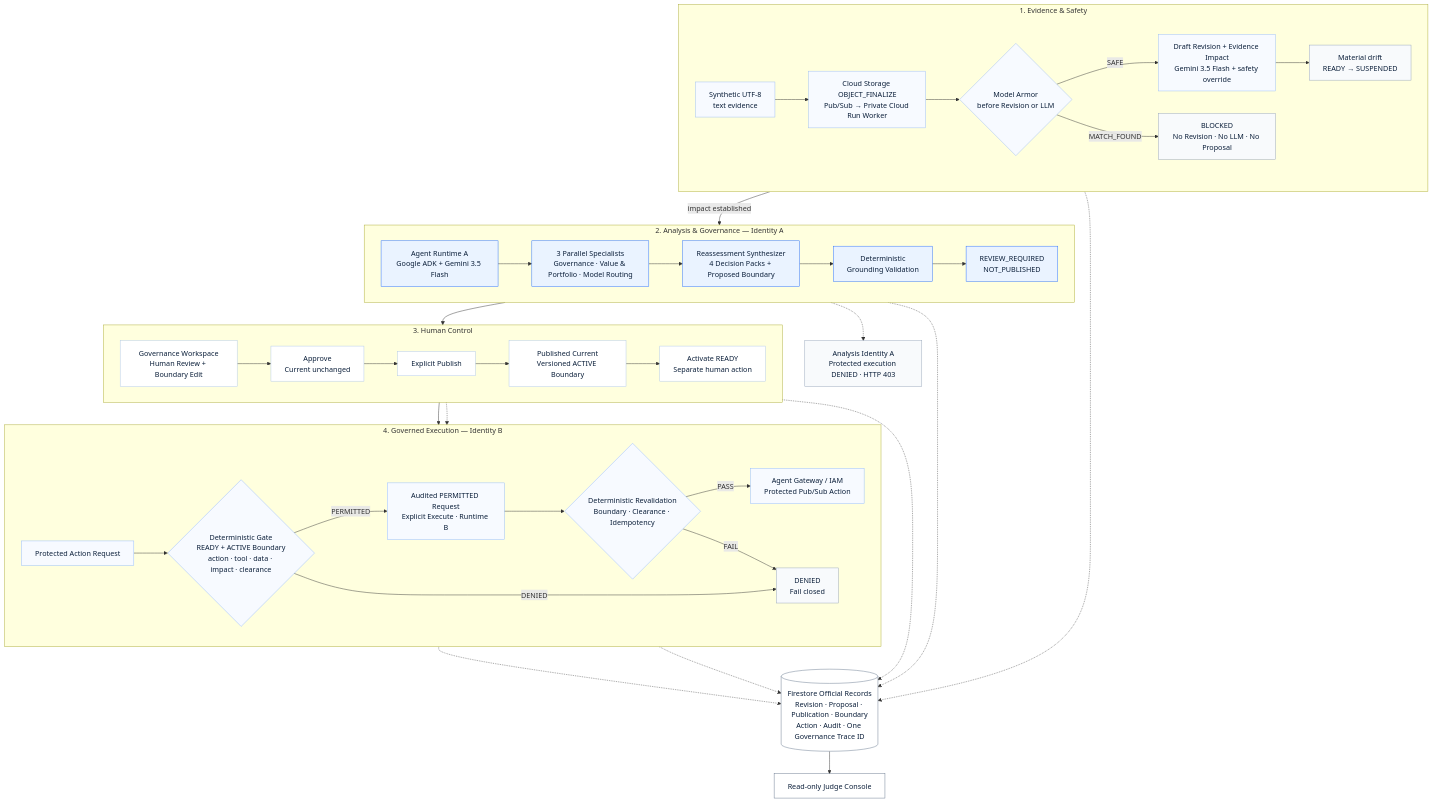
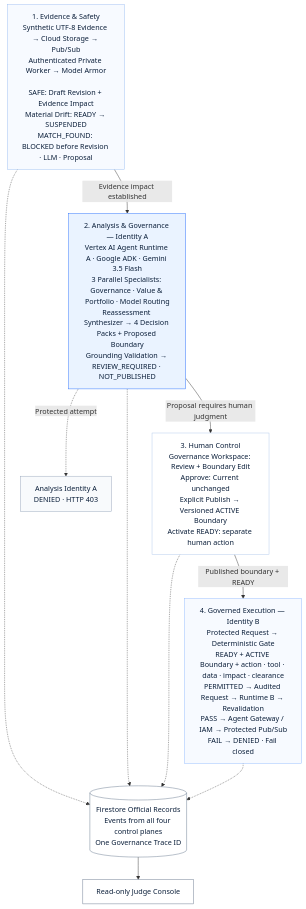
One commit to solidfdn/readinessops-agent-fleet-governance changed the diagram in README.md. Above: the diagram before and after it, drawn with Mermaid. The commit also changed 1 other file, not shown here.

Commit message:
Refine Mermaid architecture for README

````diff
--- a/README.md
+++ b/README.md
@@ -229,81 +229,38 @@
 ```mermaid
 flowchart TB
-  subgraph E["1. Evidence & Safety"]
-    direction LR
-    EV["Synthetic UTF-8<br/>text evidence"]
-    INGEST["Cloud Storage OBJECT_FINALIZE<br/>Pub/Sub → Private Cloud Run Worker"]
-    MA{"Model Armor<br/>before Revision or LLM"}
-    IMP["Draft Revision + Evidence Impact<br/>Gemini 3.5 Flash + safety override"]
-    BLOCK["BLOCKED<br/>No Revision · No LLM · No Proposal"]
-    SUSP["Material drift<br/>READY → SUSPENDED"]
-    EV --> INGEST --> MA
-    MA -->|SAFE| IMP
-    MA -->|MATCH_FOUND| BLOCK
-    IMP --> SUSP
-  end
+  E["1. Evidence & Safety<br/>Synthetic UTF-8 Evidence → Cloud Storage → Pub/Sub<br/>Authenticated Private Worker → Model Armor<br/><br/>SAFE: Draft Revision + Evidence Impact<br/>Material Drift: READY → SUSPENDED<br/>MATCH_FOUND: BLOCKED before Revision · LLM · Proposal"]
 
-  subgraph A["2. Analysis & Governance — Identity A"]
-    direction LR
-    RTA["Agent Runtime A<br/>Google ADK + Gemini 3.5 Flash"]
-    SP["3 Parallel Specialists<br/>Governance · Value & Portfolio · Model Routing"]
-    SYN["Reassessment Synthesizer<br/>4 Decision Packs + Proposed Boundary"]
-    GV["Deterministic<br/>Grounding Validation"]
-    PROP["REVIEW_REQUIRED<br/>NOT_PUBLISHED"]
-    RTA --> SP --> SYN --> GV --> PROP
-  end
+  A["2. Analysis & Governance — Identity A<br/>Vertex AI Agent Runtime A · Google ADK · Gemini 3.5 Flash<br/>3 Parallel Specialists: Governance · Value & Portfolio · Model Routing<br/>Reassessment Synthesizer → 4 Decision Packs + Proposed Boundary<br/>Grounding Validation → REVIEW_REQUIRED · NOT_PUBLISHED"]
 
-  subgraph H["3. Human Control"]
-    direction LR
-    WS["Governance Workspace<br/>Human Review + Boundary Edit"]
-    APP["Approve<br/>Current unchanged"]
-    PUB["Explicit Publish"]
-    BND["Published Current<br/>Versioned ACTIVE Boundary"]
-    READY["Activate READY<br/>Separate human action"]
-    WS --> APP --> PUB --> BND --> READY
-  end
+  H["3. Human Control<br/>Governance Workspace: Review + Boundary Edit<br/>Approve: Current unchanged<br/>Explicit Publish → Versioned ACTIVE Boundary<br/>Activate READY: separate human action"]
 
-  subgraph X["4. Governed Execution — Identity B"]
-    direction LR
-    REQ["Protected Action Request"]
-    GATE{"Deterministic Gate<br/>READY + ACTIVE Boundary<br/>action · tool · data · impact · clearance"}
-    EXEC["Audited PERMITTED Request<br/>Explicit Execute · Runtime B"]
-    REVAL{"Deterministic Revalidation<br/>Boundary · Clearance · Idempotency"}
-    ACTION["Agent Gateway / IAM<br/>Protected Pub/Sub Action"]
-    DENY["DENIED<br/>Fail closed"]
-    REQ --> GATE
-    GATE -->|PERMITTED| EXEC --> REVAL
-    REVAL -->|PASS| ACTION
-    GATE -->|DENIED| DENY
-    REVAL -->|FAIL| DENY
-  end
+  X["4. Governed Execution — Identity B<br/>Protected Request → Deterministic Gate<br/>READY + ACTIVE Boundary + action · tool · data · impact · clearance<br/>PERMITTED → Audited Request → Runtime B → Revalidation<br/>PASS → Agent Gateway / IAM → Protected Pub/Sub<br/>FAIL → DENIED · Fail closed"]
 
-  IMP -->|impact established| RTA
-  PROP --> WS
-  READY --> REQ
-  BND -.-> GATE
-  RTA -.-> IAD["Analysis Identity A<br/>Protected execution DENIED · HTTP 403"]
+  E -->|Evidence impact established| A
+  A -->|Proposal requires human judgment| H
+  H -->|Published boundary + READY| X
+  A -.->|Protected attempt| IAD["Analysis Identity A<br/>DENIED · HTTP 403"]
 
-  FS[("Firestore Official Records<br/>Revision · Proposal · Publication · Boundary<br/>Action · Audit · One Governance Trace ID")]
+  FS[("Firestore Official Records<br/>Events from all four control planes<br/>One Governance Trace ID")]
   JUDGE["Read-only Judge Console"]
 
-  IMP -.-> FS
-  PROP -.-> FS
-  PUB -.-> FS
-  GATE -.-> FS
-  ACTION -.-> FS
+  E -.-> FS
+  A -.-> FS
+  H -.-> FS
+  X -.-> FS
   FS --> JUDGE
 
   classDef security fill:#F7FAFF,stroke:#9ABCF2,color:#0B1F3A;
   classDef blocked fill:#F8FAFC,stroke:#94A3B8,color:#0B1F3A;
   classDef governance fill:#EAF3FF,stroke:#246BFD,color:#0B1F3A;
   classDef human fill:#FFFFFF,stroke:#AFC7EA,color:#0B1F3A;
   classDef execution fill:#F7FAFF,stroke:#8FB8FF,color:#0B1F3A;
   classDef record fill:#FFFFFF,stroke:#64748B,color:#0B1F3A;
 
-  class EV,INGEST,MA,IMP security;
-  class BLOCK,SUSP,DENY,IAD blocked;
-  class RTA,SP,SYN,GV,PROP governance;
-  class WS,APP,PUB,BND,READY human;
-  class REQ,GATE,EXEC,REVAL,ACTION execution;
+  class E security;
+  class IAD blocked;
+  class A governance;
+  class H human;
+  class X execution;
   class FS,JUDGE record;
 ```
````
